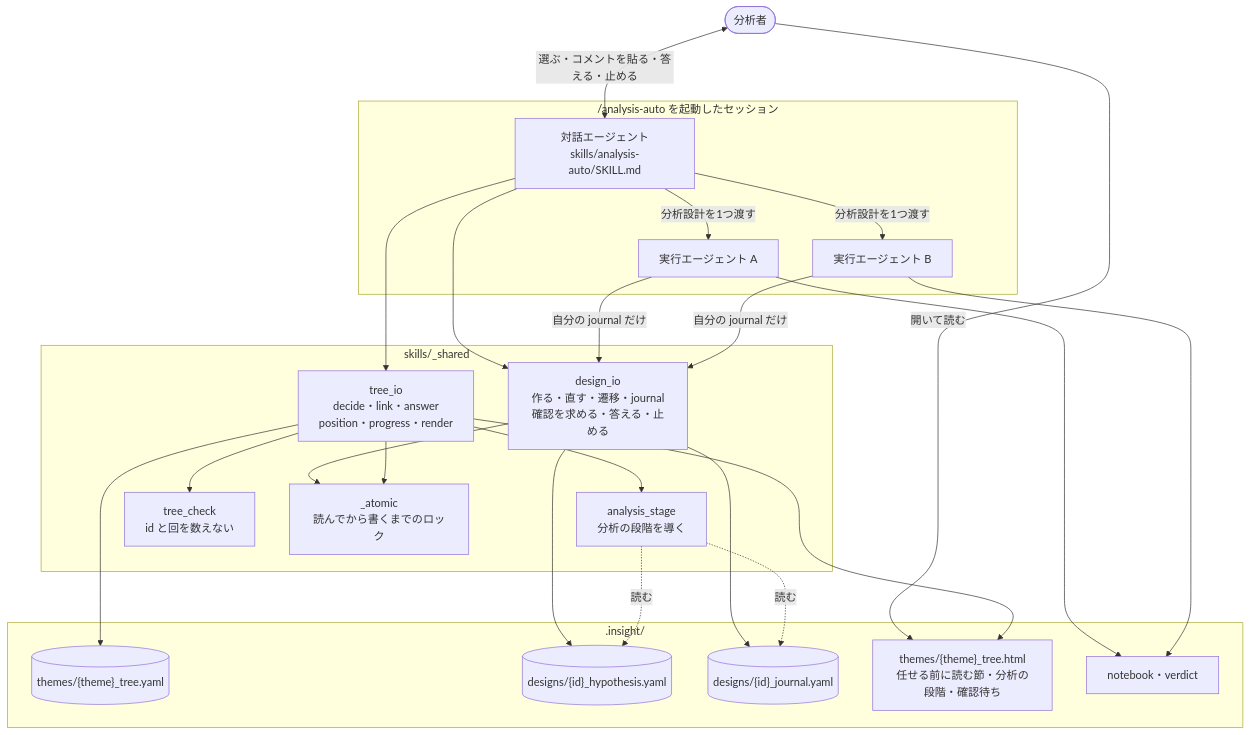
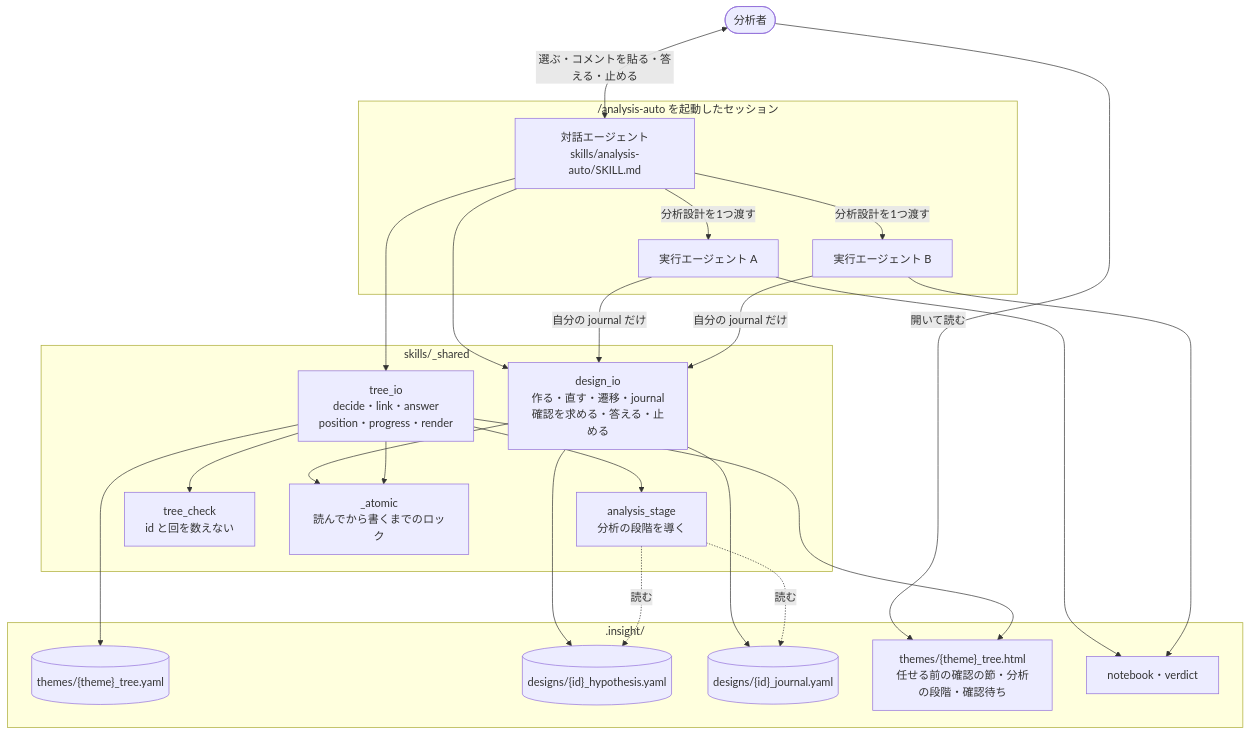
Before and after one commit to etoyama/insight-blueprint-skills: the first of 4 diagrams in docs/design/epic-35-hand-over-questions.md, drawn with Mermaid. The commit also changed other lines of this file and 7 other files, not shown here.

````diff
--- a/docs/design/epic-35-hand-over-questions.md
+++ b/docs/design/epic-35-hand-over-questions.md
@@ -240,43 +242,43 @@
 ```mermaid
 flowchart TD
     analyst([分析者])
     subgraph session["/analysis-auto を起動したセッション"]
         driver["対話エージェント<br/>skills/analysis-auto/SKILL.md"]
         w1["実行エージェント A"]
         w2["実行エージェント B"]
     end
     subgraph cli["skills/_shared"]
         design_io["design_io<br/>作る・直す・遷移・journal<br/>確認を求める・答える・止める"]
         tree_io["tree_io<br/>decide・link・answer<br/>position・progress・render"]
         stage["analysis_stage<br/>分析の段階を導く"]
         check["tree_check<br/>id と回を数えない"]
         lock["_atomic<br/>読んでから書くまでのロック"]
     end
     subgraph insight[".insight/"]
         tree[("themes/{theme}_tree.yaml")]
         designs[("designs/{id}_hypothesis.yaml")]
         journals[("designs/{id}_journal.yaml")]
-        html["themes/{theme}_tree.html<br/>任せる前に読む節・分析の段階・確認待ち"]
+        html["themes/{theme}_tree.html<br/>任せる前の確認の節・分析の段階・確認待ち"]
         nb["notebook・verdict"]
     end
     analyst <-->|選ぶ・コメントを貼る・答える・止める| driver
     analyst -->|開いて読む| html
     driver -->|分析設計を1つ渡す| w1
     driver -->|分析設計を1つ渡す| w2
     driver --> design_io
     driver --> tree_io
     w1 -->|自分の journal だけ| design_io
     w2 -->|自分の journal だけ| design_io
     w1 --> nb
     w2 --> nb
     design_io --> lock
     tree_io --> lock
     tree_io --> check
     tree_io --> stage
     design_io --> designs
     design_io --> journals
     tree_io --> tree
     tree_io --> html
     stage -.->|読む| designs
     stage -.->|読む| journals
 ```
````
